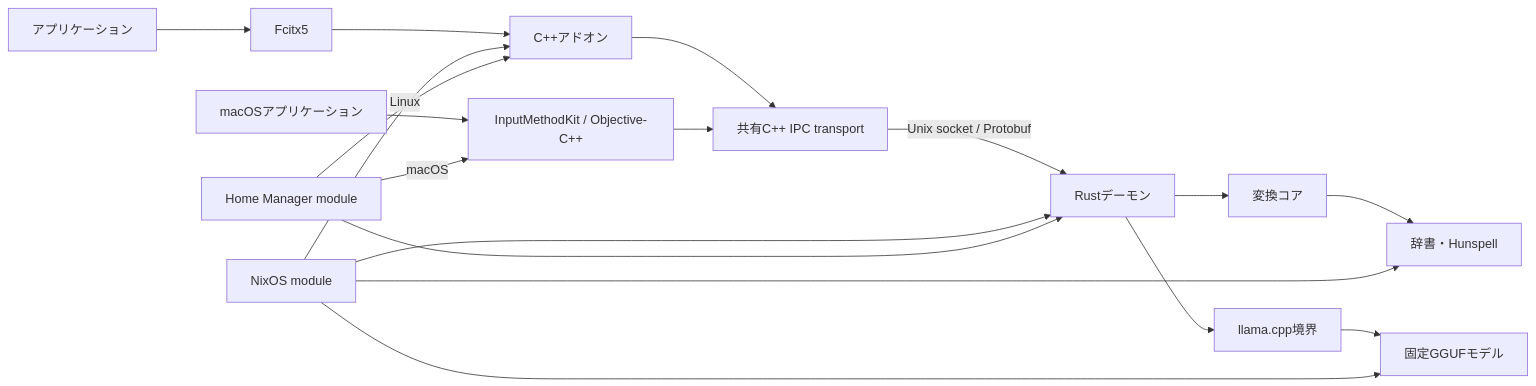
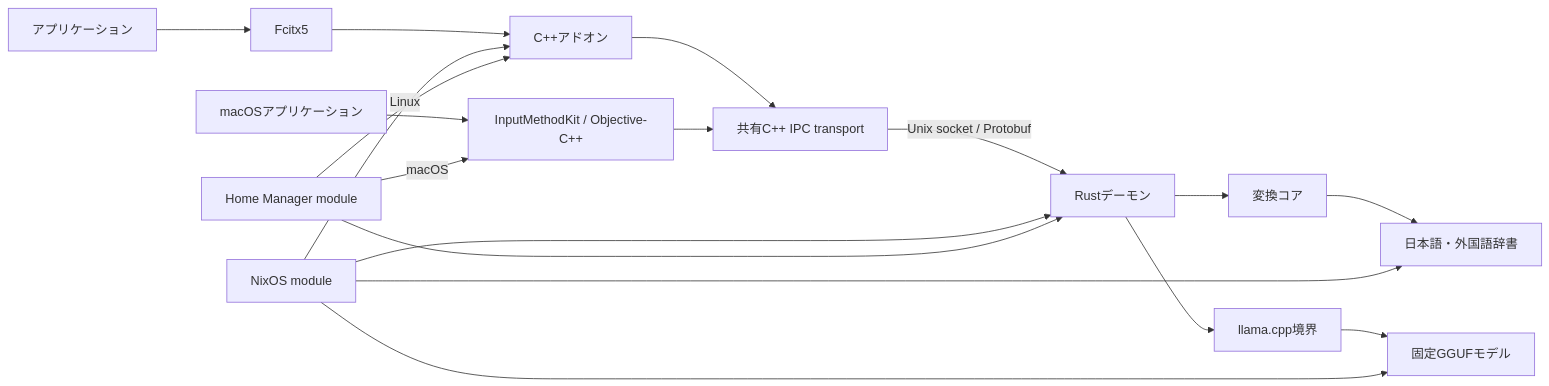
The diagram in docs/architecture.md (ph0ryn/beanKey), drawn with Mermaid before and after one commit. The commit also changed other lines of this file and 9 other files, not shown here.

First line of the commit message:
refactor(converter): replace native Hunspell with spellbook

````diff
--- a/docs/architecture.md
+++ b/docs/architecture.md
@@ -9,20 +9,20 @@
 ```mermaid
 flowchart LR
     app["アプリケーション"] --> fcitx["Fcitx5"]
     fcitx --> addon["C++アドオン"]
     macApp["macOSアプリケーション"] --> imk["InputMethodKit / Objective-C++"]
     addon --> transport["共有C++ IPC transport"]
     imk --> transport
     transport -->|"Unix socket / Protobuf"| daemon["Rustデーモン"]
     daemon --> converter["変換コア"]
     daemon --> llama["llama.cpp境界"]
-    converter --> dictionary["辞書・Hunspell"]
+    converter --> dictionary["日本語・外国語辞書"]
     llama --> model["固定GGUFモデル"]
     nix["NixOS module"] --> addon
     nix --> daemon
     nix --> dictionary
     nix --> model
     home["Home Manager module"] -->|"macOS"| imk
     home -->|"Linux"| addon
     home --> daemon
 ```
````
